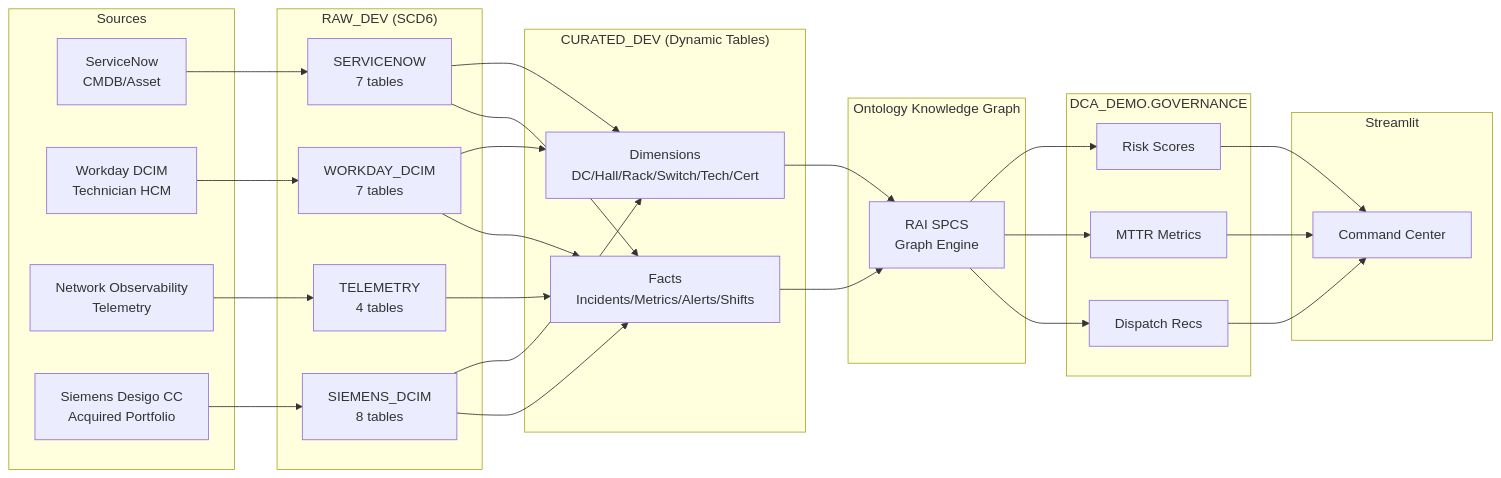
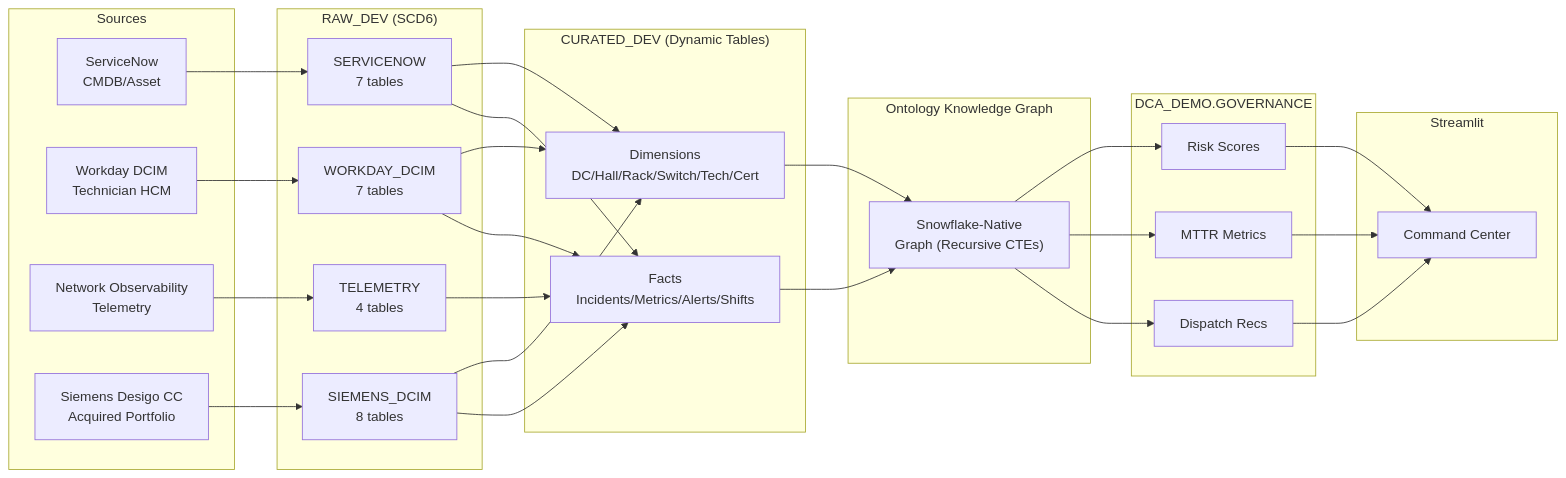
One commit to sfc-gh-smitchener-1/snowflake-dca-fullstack-demo changed the first of 2 diagrams in industry-demos/dcim/README.md. Above: the diagram before and after it, drawn with Mermaid. The commit also changed other lines of this file and 149 other files, not shown here.

````diff
--- a/industry-demos/dcim/README.md
+++ b/industry-demos/dcim/README.md
@@ -40,55 +40,55 @@
 ```mermaid
 flowchart LR
     subgraph Sources
         SN[ServiceNow<br/>CMDB/Asset]
         WD[Workday DCIM<br/>Technician HCM]
         TEL[Network Observability<br/>Telemetry]
         SM[Siemens Desigo CC<br/>Acquired Portfolio]
     end
 
     subgraph RAW["RAW_DEV (SCD6)"]
         SN_RAW[SERVICENOW<br/>7 tables]
         WD_RAW[WORKDAY_DCIM<br/>7 tables]
         TEL_RAW[TELEMETRY<br/>4 tables]
         SM_RAW[SIEMENS_DCIM<br/>8 tables]
     end
 
     subgraph CURATED["CURATED_DEV (Dynamic Tables)"]
         DIMS[Dimensions<br/>DC/Hall/Rack/Switch/Tech/Cert]
         FACTS[Facts<br/>Incidents/Metrics/Alerts/Shifts]
     end
 
     subgraph GRAPH["Ontology Knowledge Graph"]
-        RAI[RAI SPCS<br/>Graph Engine]
+        RAI["Snowflake-Native<br/>Graph (Recursive CTEs)"]
     end
 
     subgraph ANALYTICS["DCA_DEMO.GOVERNANCE"]
         RISK[Risk Scores]
         MTTR[MTTR Metrics]
         DISPATCH[Dispatch Recs]
     end
 
     subgraph UI[Streamlit]
         DASH[Command Center]
     end
 
     SN --> SN_RAW
     WD --> WD_RAW
     TEL --> TEL_RAW
     SM --> SM_RAW
     SN_RAW --> DIMS
     WD_RAW --> DIMS
     TEL_RAW --> FACTS
     SN_RAW --> FACTS
     WD_RAW --> FACTS
     SM_RAW --> DIMS
     SM_RAW --> FACTS
     DIMS --> RAI
     FACTS --> RAI
     RAI --> RISK
     RAI --> MTTR
     RAI --> DISPATCH
     RISK --> DASH
     MTTR --> DASH
     DISPATCH --> DASH
 ```
````
